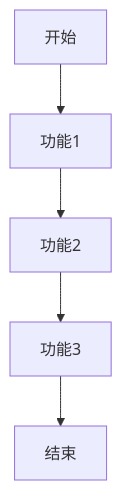
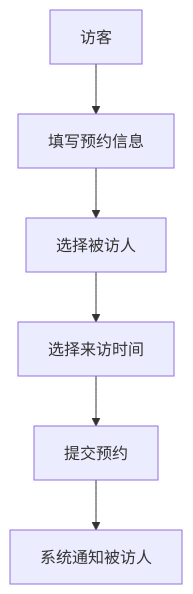
Before and after one commit to yuhaibao39/n8ndeploy: the first of 2 diagrams in devel/requirement.md, drawn with Mermaid. The commit also changed other lines of this file, not shown here.

````diff
--- a/devel/requirement.md
+++ b/devel/requirement.md
@@ -23,7 +20,8 @@
 ```mermaid
 graph TD
-    A[开始] --> B[功能1]
-    B --> C[功能2]
-    C --> D[功能3]
-    D --> E[结束]
+    A[访客] --> B[填写预约信息]
+    B --> C[选择被访人]
+    C --> D[选择来访时间]
+    D --> E[提交预约]
+    E --> F[系统通知被访人]
 ```
````
